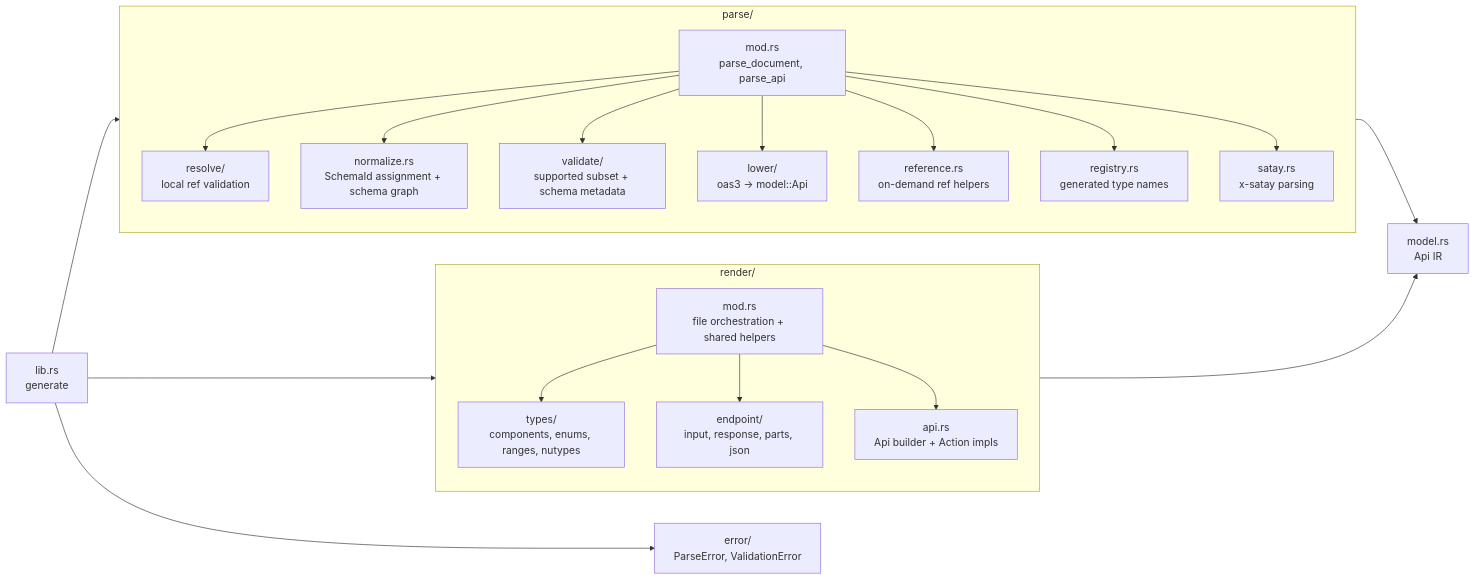
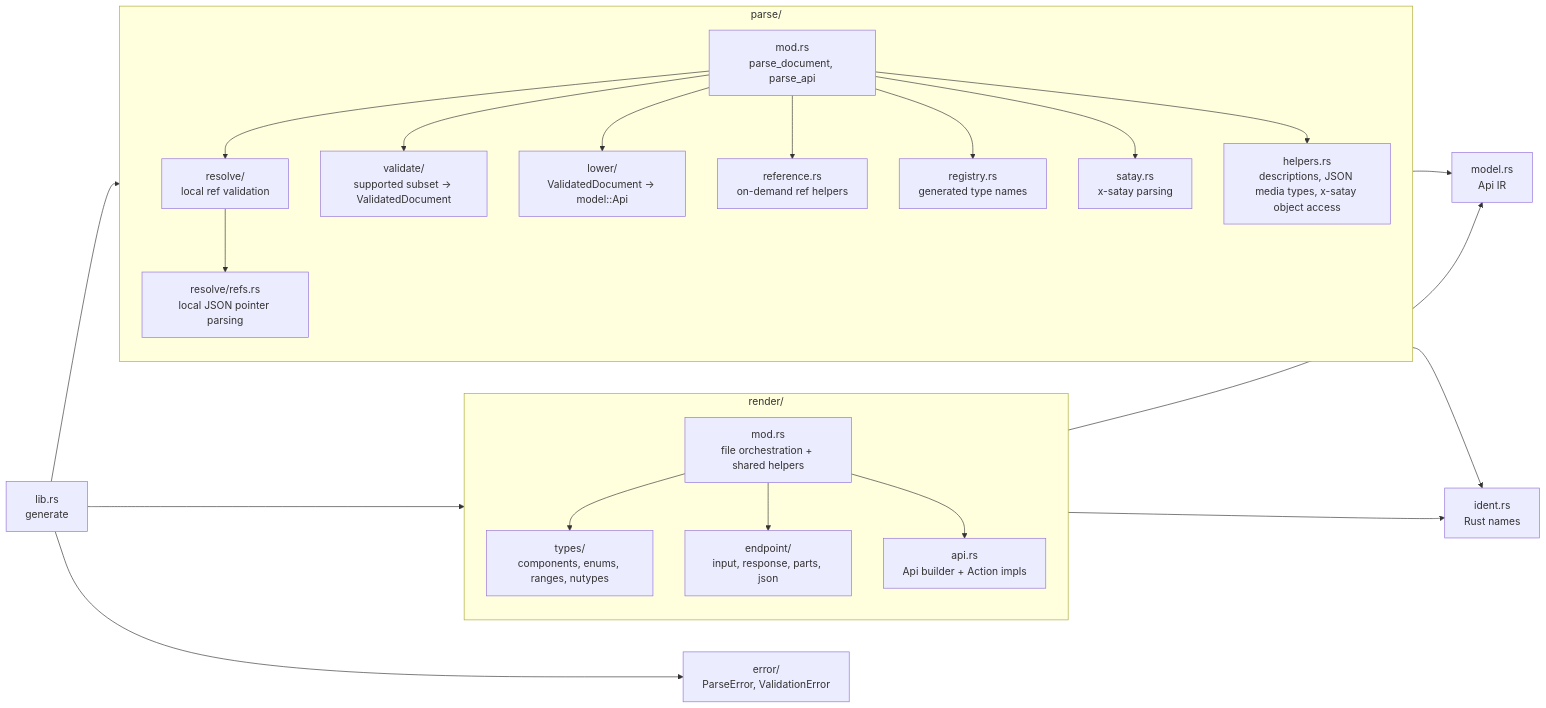
Before and after one commit to zeon256/satay-rs: the second of 6 diagrams in ARCHITECTURE.md, drawn with Mermaid. The commit also changed other lines of this file, not shown here.

````diff
--- a/ARCHITECTURE.md
+++ b/ARCHITECTURE.md
@@ -38,38 +37,42 @@
 ```mermaid
 flowchart LR
     lib["lib.rs<br/>generate"] --> parse
     lib --> render
     lib --> error
     parse --> model
+    parse --> ident
     render --> model
+    render --> ident
 
     subgraph parse["parse/"]
         parseMod["mod.rs<br/>parse_document, parse_api"] --> resolve
-        parseMod --> normalize
         parseMod --> validate
         parseMod --> lower
         parseMod --> reference
         parseMod --> registry
         parseMod --> satay
+        parseMod --> helpers
 
-        resolve["resolve/<br/>local ref validation"]
-        normalize["normalize.rs<br/>SchemaId assignment + schema graph"]
+        resolve["resolve/<br/>local ref validation"] --> refs
+        refs["resolve/refs.rs<br/>local JSON pointer parsing"]
+        helpers["helpers.rs<br/>descriptions, JSON media types, x-satay object access"]
         reference["reference.rs<br/>on-demand ref helpers"]
-        validate["validate/<br/>supported subset + schema metadata"]
-        lower["lower/<br/>oas3 -> model::Api"]
+        validate["validate/<br/>supported subset -> ValidatedDocument"]
+        lower["lower/<br/>ValidatedDocument -> model::Api"]
         registry["registry.rs<br/>generated type names"]
         satay["satay.rs<br/>x-satay parsing"]
     end
 
     subgraph render["render/"]
         renderMod["mod.rs<br/>file orchestration + shared helpers"] --> renderTypes
         renderMod --> renderEndpoint
         renderMod --> renderApi
         renderTypes["types/<br/>components, enums, ranges, nutypes"]
         renderEndpoint["endpoint/<br/>input, response, parts, json"]
         renderApi["api.rs<br/>Api builder + Action impls"]
     end
 
     model["model.rs<br/>Api IR"]
+    ident["ident.rs<br/>Rust names"]
     error["error/<br/>ParseError, ValidationError"]
 ```
````
